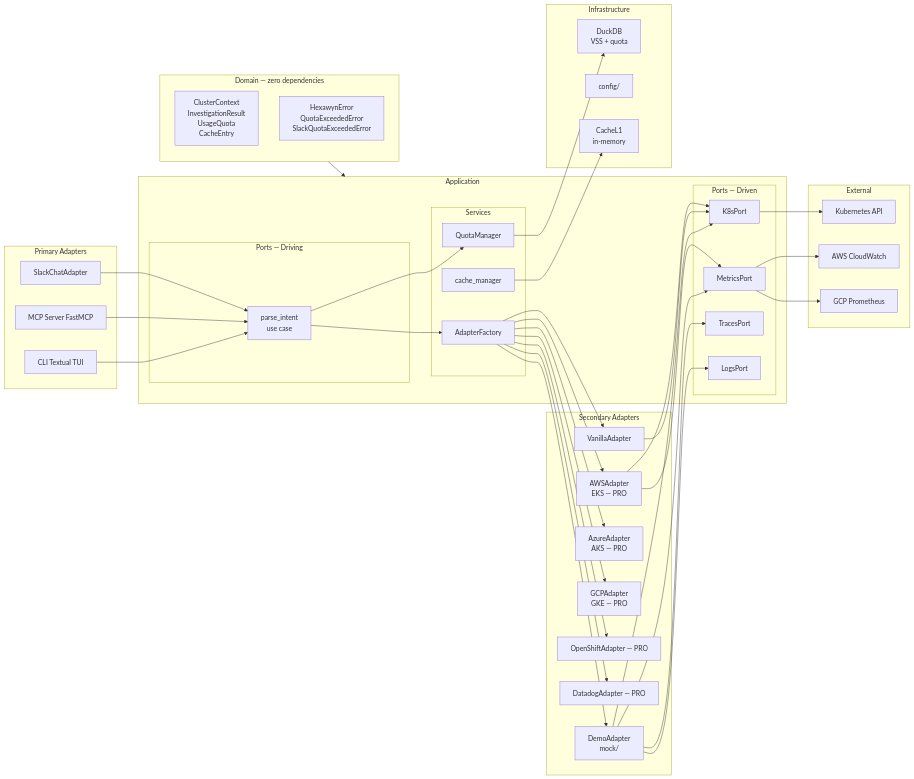
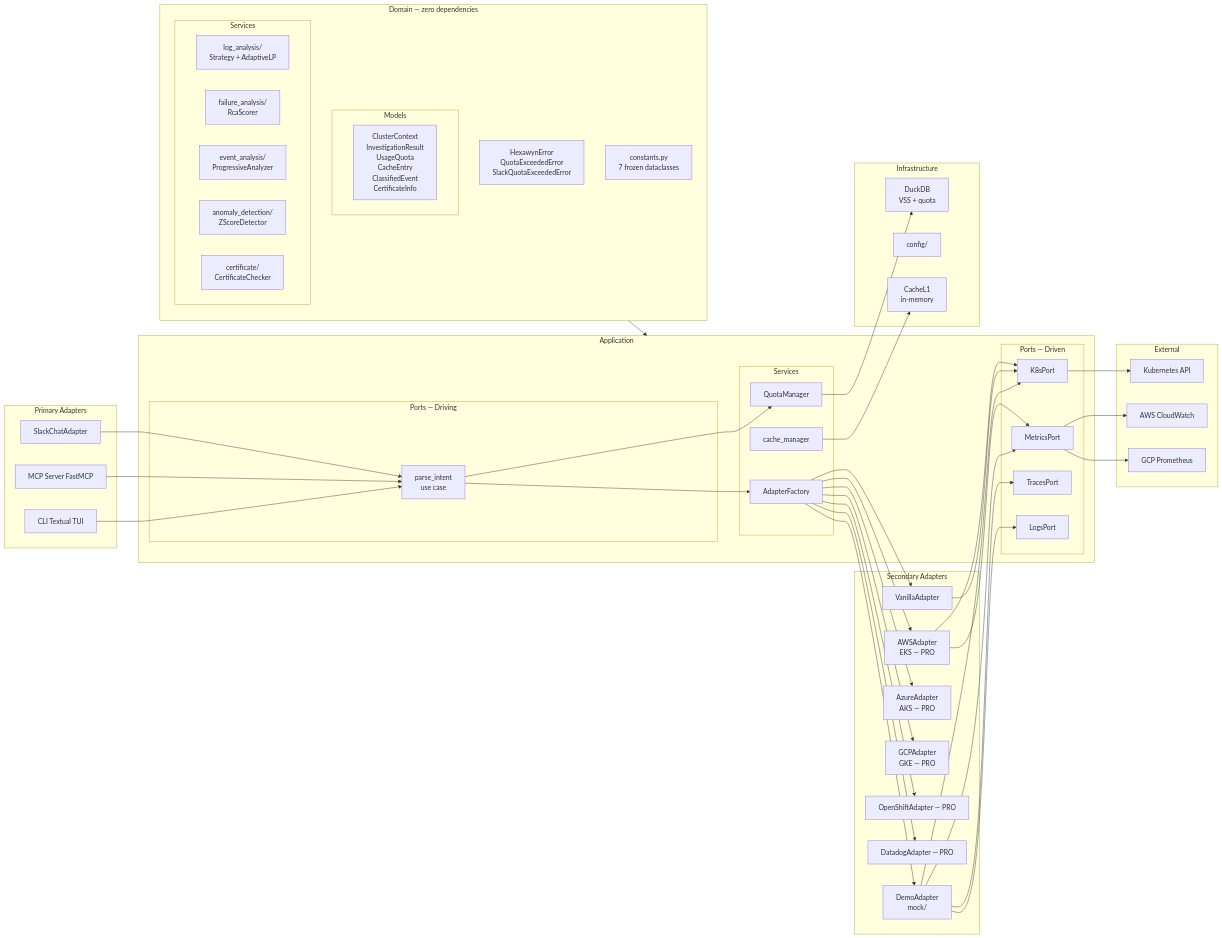
Before and after one commit to hexa-tools/hexawyn: the diagram in docs/architecture/diagrams/components/hexagonal-architecture.md, drawn with Mermaid. The commit also changed other lines of this file and 40 other files, not shown here.

First line of the commit message:
fix: isolate K8s config per context to prevent wrong-cluster investigations

````diff
--- a/docs/architecture/diagrams/components/hexagonal-architecture.md
+++ b/docs/architecture/diagrams/components/hexagonal-architecture.md
@@ -5,8 +5,19 @@
 ```mermaid
 flowchart LR
     subgraph Domain["Domain — zero dependencies"]
-        Models[ClusterContext<br/>InvestigationResult<br/>UsageQuota<br/>CacheEntry]
-        Errors[HexawynError<br/>QuotaExceededError<br/>SlackQuotaExceededError]
+        direction TB
+        subgraph Models["Models"]
+            ClusterCtx["ClusterContext<br/>InvestigationResult<br/>UsageQuota<br/>CacheEntry<br/>ClassifiedEvent<br/>CertificateInfo"]
+        end
+        subgraph DomainSvcs["Services"]
+            LogAnalysis["log_analysis/<br/>Strategy + AdaptiveLP"]
+            FailureAnalysis["failure_analysis/<br/>RcaScorer"]
+            EventAnalysis["event_analysis/<br/>ProgressiveAnalyzer"]
+            AnomalyDetect["anomaly_detection/<br/>ZScoreDetector"]
+            CertSvc["certificate/<br/>CertificateChecker"]
+        end
+        Errors["HexawynError<br/>QuotaExceededError<br/>SlackQuotaExceededError"]
+        Constants["constants.py<br/>7 frozen dataclasses"]
     end
 
     subgraph Application["Application"]
````
